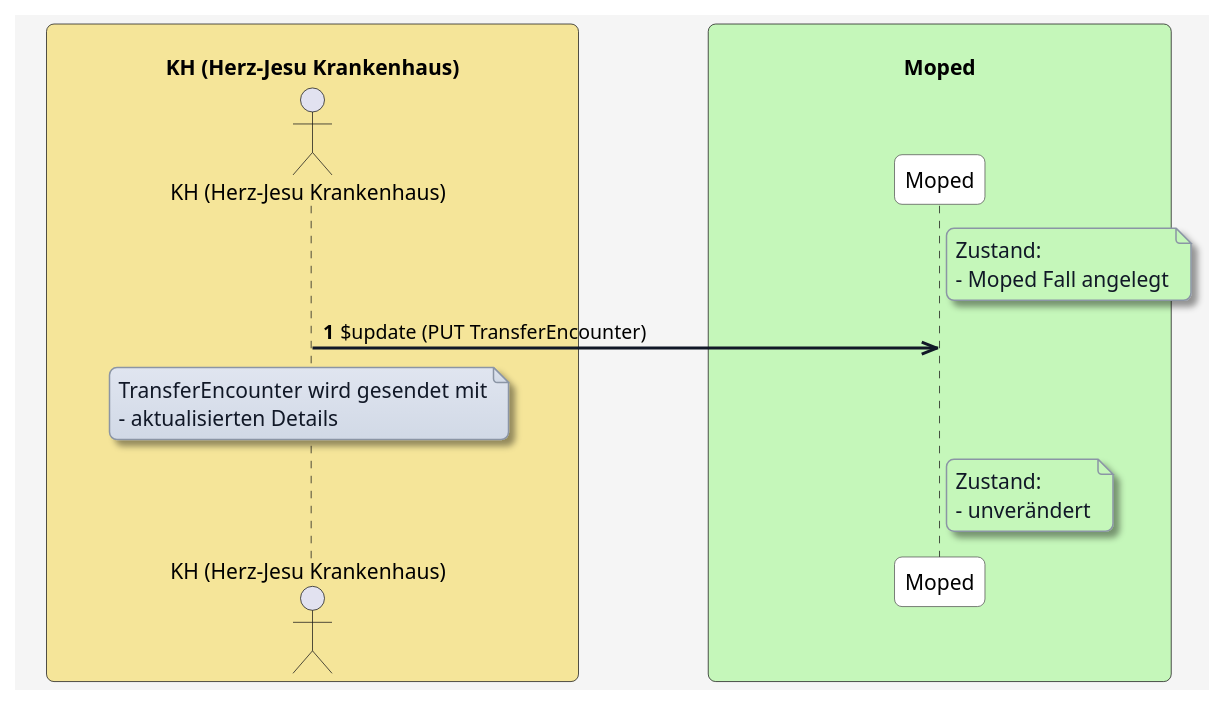
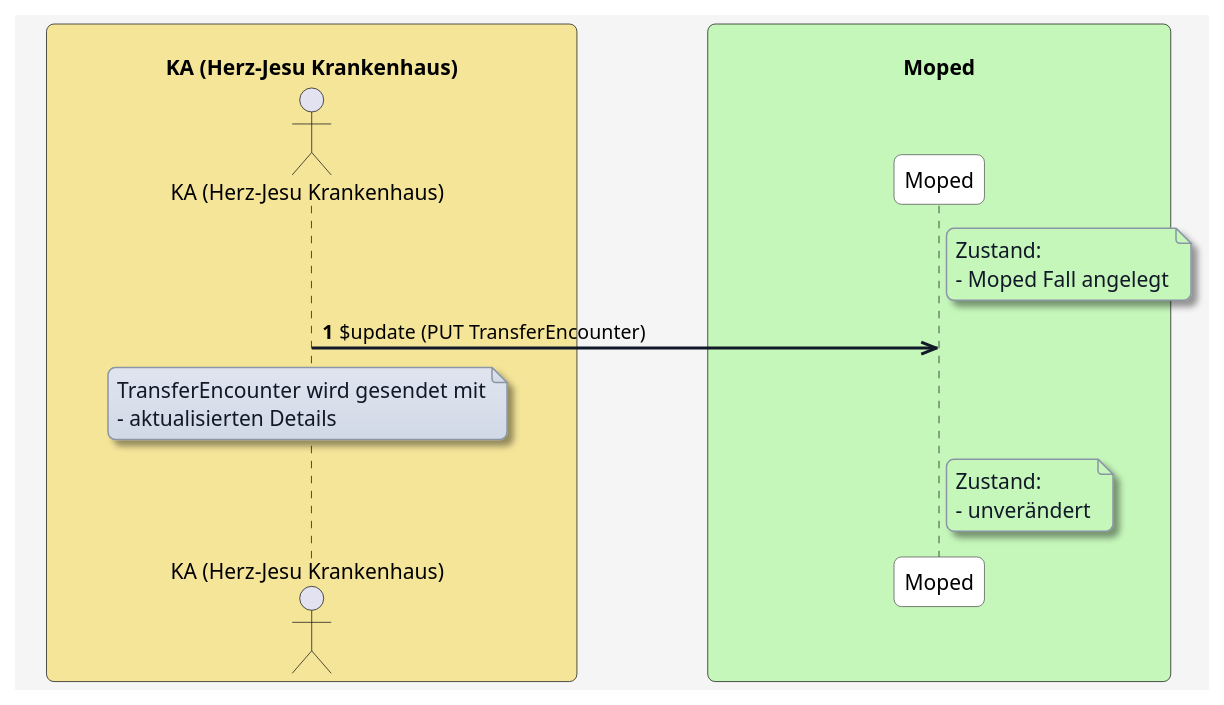
The diagram in input/images-source/Patientenversorgung/Patientenversorgung-update-aktualisierte-verlegung.plantuml (HL7Austria/ELGA-MOPED-R5), drawn with PlantUML before and after one commit. The commit also changed 184 other files, not shown here.

```diff
--- a/input/images-source/Patientenversorgung/Patientenversorgung-update-aktualisierte-verlegung.plantuml
+++ b/input/images-source/Patientenversorgung/Patientenversorgung-update-aktualisierte-verlegung.plantuml
@@ -1,69 +1,69 @@
 @startuml
 skinparam borderColor #000000
 skinparam backgroundColor #f5f5f5
 skinparam shadowing false
 skinparam roundCorner 10
 skinparam defaultFontName "Arial"
 skinparam defaultFontSize 14
 skinparam defaultFontColor #000000
 
 skinparam note {
   BackgroundColor #e0e5f0-#d1d9e6
   BorderColor #8b95a5
   BorderThickness 1
   RoundCorner 8
   Padding 6
   FontColor #111827
   Shadowing true
 }
 
 skinparam HyperlinkColor #0000EE
 skinparam HyperlinkUnderline false
 
 skinparam sequence {
   ParticipantBorderColor #555555
   ParticipantBackgroundColor #ffffff
   ParticipantFontColor #000000
   ParticipantFontSize 14
   ParticipantPadding 20
   ArrowColor #111827
   ArrowThickness 2
   ArrowFontColor #000000
   ArrowFontSize 13
   GroupBorderColor #111827
   GroupBackgroundColor #f3f4f6
   GroupBorderThickness 1
 }
 
 skinparam BoxPadding 20
 skinparam BoxBorderColor #555555
 
-box "\n                     KH (Herz-Jesu Krankenhaus)                     " #f5e599
-  actor KH as "KH (Herz-Jesu Krankenhaus)"
+box "\n                     KA (Herz-Jesu Krankenhaus)                     " #f5e599
+  actor KA as "KA (Herz-Jesu Krankenhaus)"
 end box
 
 box "\n                                   Moped                                   " #c5f7ba
   participant MP as "Moped"
 end box
 
 
 autonumber
 
 note right of MP #c5f7ba
 Zustand:
 - Moped Fall angelegt
 end note
 
-KH ->> MP: $update (PUT TransferEncounter)
+KA ->> MP: $update (PUT TransferEncounter)
 
-note over KH
+note over KA
 TransferEncounter wird gesendet mit
 - aktualisierten Details
 end note
 
 note right of MP #c5f7ba
 Zustand:
 - unverändert
 end note
 
 @enduml
```
